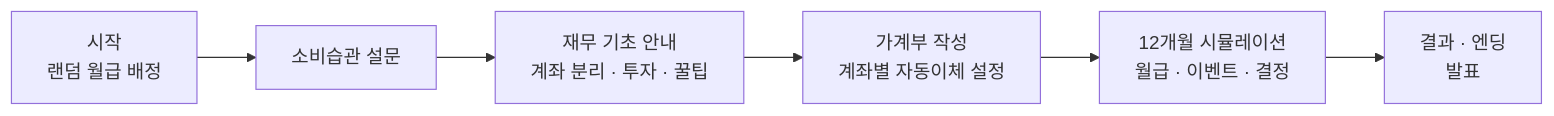
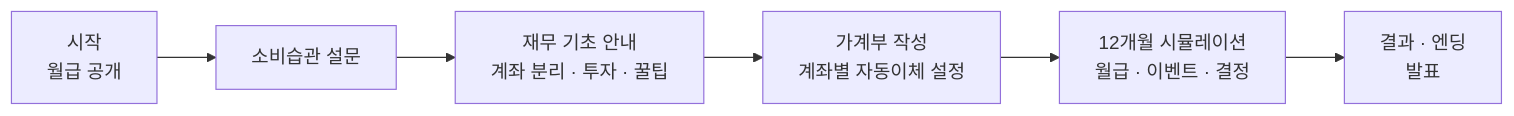
Before and after one commit to tasoo-oos/computer-subject-teaching-team-12-meterial: the first of 4 diagrams in 가계부-시나리오-수업-기획서.md, drawn with Mermaid. The commit also changed other lines of this file and 36 other files, not shown here.

````diff
--- a/가계부-시나리오-수업-기획서.md
+++ b/가계부-시나리오-수업-기획서.md
@@ -38,8 +38,8 @@
 ```mermaid
 flowchart LR
-    A["시작<br/>랜덤 월급 배정"] --> B["소비습관 설문"]
+    A["시작<br/>월급 공개"] --> B["소비습관 설문"]
     B --> C["재무 기초 안내<br/>계좌 분리 · 투자 · 꿀팁"]
     C --> D["가계부 작성<br/>계좌별 자동이체 설정"]
     D --> E["12개월 시뮬레이션<br/>월급 · 이벤트 · 결정"]
     E --> F["결과 · 엔딩<br/>발표"]
 ```
````
